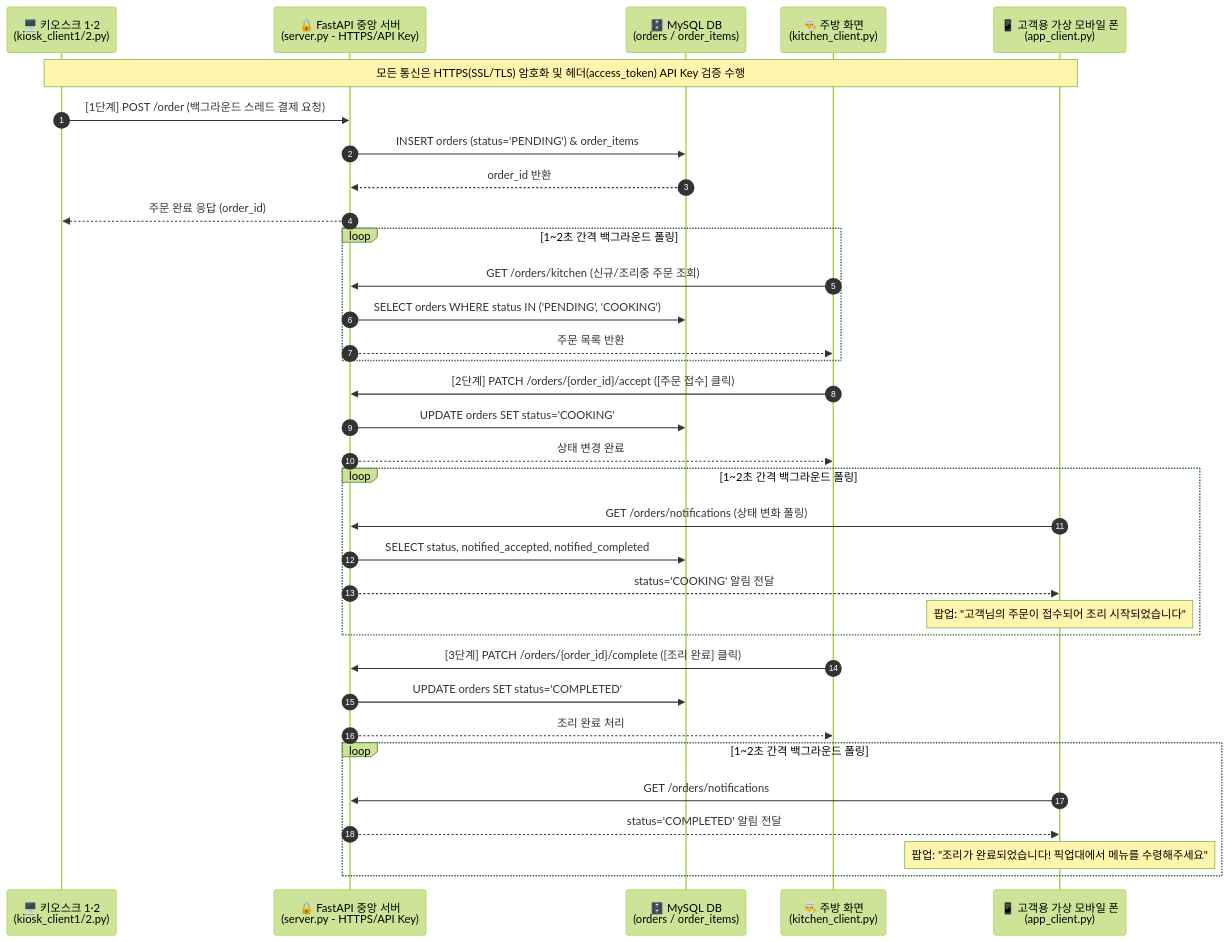
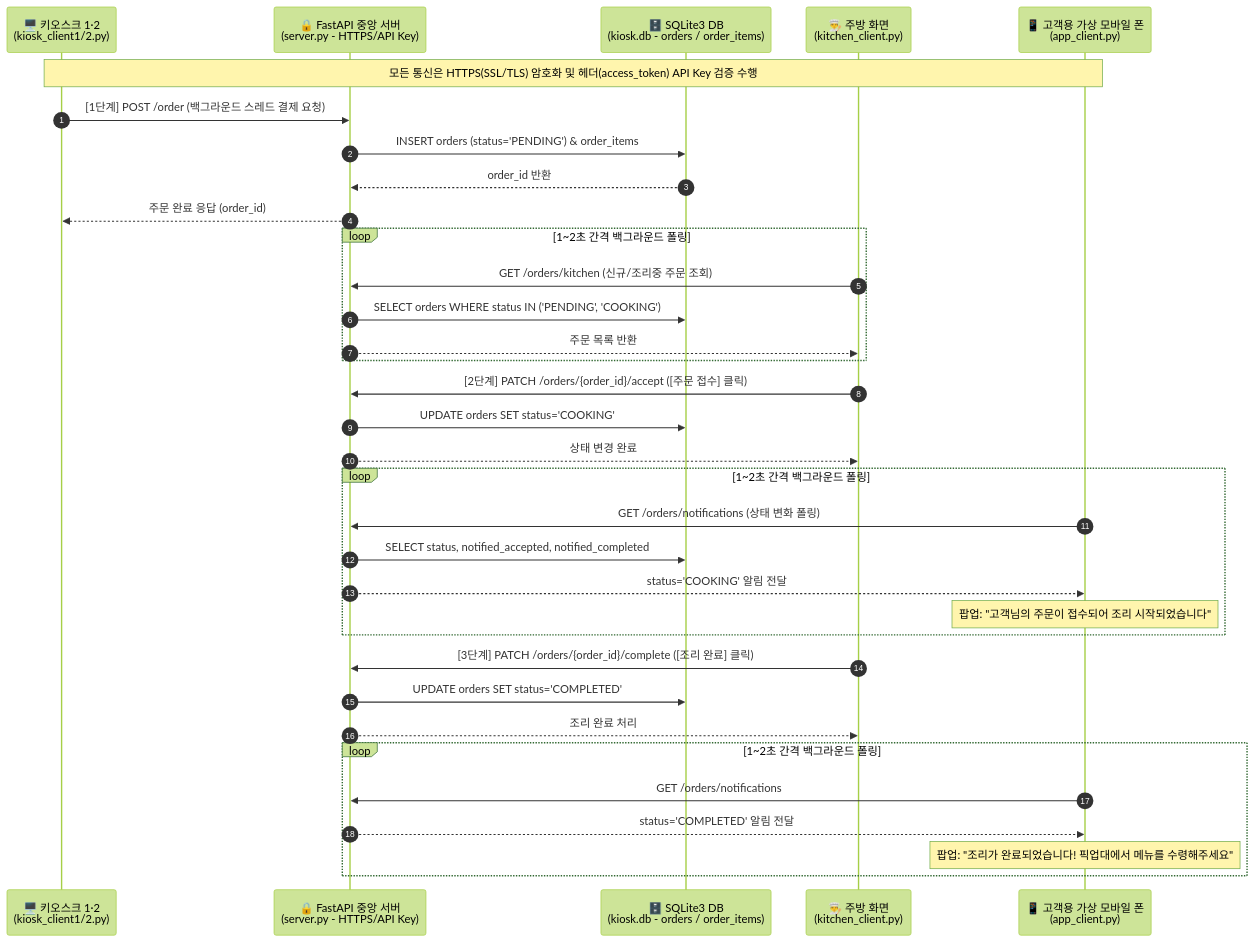
The first of 2 diagrams in PLAN.md (bodasoo/bds-kiosk), drawn with Mermaid (forest theme) before and after one commit. The commit also changed other lines of this file and 3 other files, not shown here.

````diff
--- a/PLAN.md
+++ b/PLAN.md
@@ -122,43 +122,43 @@
 ```mermaid
 sequenceDiagram
     autonumber
     participant K as 🖥️ 키오스크 1·2<br/>(kiosk_client1/2.py)
     participant S as 🔒 FastAPI 중앙 서버<br/>(server.py - HTTPS/API Key)
-    participant DB as 🗄️ MySQL DB<br/>(orders / order_items)
+    participant DB as 🗄️ SQLite3 DB<br/>(kiosk.db - orders / order_items)
     participant KT as 👨‍🍳 주방 화면<br/>(kitchen_client.py)
     participant APP as 📱 고객용 가상 모바일 폰<br/>(app_client.py)
 
     Note over K,APP: 모든 통신은 HTTPS(SSL/TLS) 암호화 및 헤더(access_token) API Key 검증 수행
 
     K->>S: [1단계] POST /order (백그라운드 스레드 결제 요청)
     S->>DB: INSERT orders (status='PENDING') & order_items
     DB-->>S: order_id 반환
     S-->>K: 주문 완료 응답 (order_id)
 
     loop 1~2초 간격 백그라운드 폴링
         KT->>S: GET /orders/kitchen (신규/조리중 주문 조회)
         S->>DB: SELECT orders WHERE status IN ('PENDING', 'COOKING')
         S-->>KT: 주문 목록 반환
     end
 
     KT->>S: [2단계] PATCH /orders/{order_id}/accept ([주문 접수] 클릭)
     S->>DB: UPDATE orders SET status='COOKING'
     S-->>KT: 상태 변경 완료
 
     loop 1~2초 간격 백그라운드 폴링
         APP->>S: GET /orders/notifications (상태 변화 폴링)
         S->>DB: SELECT status, notified_accepted, notified_completed
         S-->>APP: status='COOKING' 알림 전달
         Note over APP: 팝업: "고객님의 주문이 접수되어 조리 시작되었습니다"
     end
 
     KT->>S: [3단계] PATCH /orders/{order_id}/complete ([조리 완료] 클릭)
     S->>DB: UPDATE orders SET status='COMPLETED'
     S-->>KT: 조리 완료 처리
 
     loop 1~2초 간격 백그라운드 폴링
         APP->>S: GET /orders/notifications
         S-->>APP: status='COMPLETED' 알림 전달
         Note over APP: 팝업: "조리가 완료되었습니다! 픽업대에서 메뉴를 수령해주세요"
     end
 ```
````
